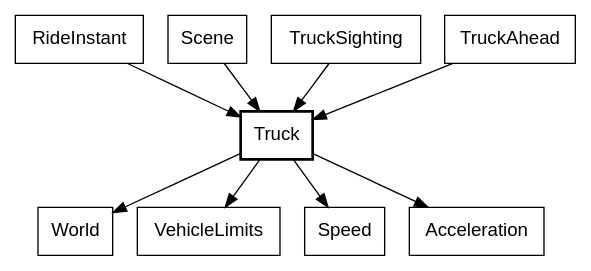
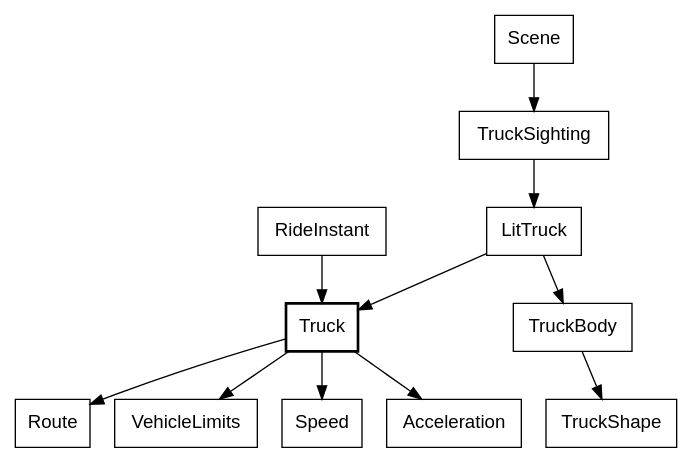
One commit to showell/roc-apps changed diagram 20 of 34 in canvas_apps/safari/tutorial/tutorial.md. Above: the diagram before and after it, drawn with Graphviz. The commit also changed other lines of this file, not shown here.

First line of the commit message:
Safari book: The truck, rewritten, and The truck's lights after it

````diff
--- a/canvas_apps/safari/tutorial/tutorial.md
+++ b/canvas_apps/safari/tutorial/tutorial.md
@@ -1839,14 +1862,16 @@
 ```dot
 digraph truck {
   node [shape=box, fontname="Helvetica"];
   Truck [style=bold];
   RideInstant -> Truck;
-  Scene -> Truck;
-  TruckSighting -> Truck;
-  TruckAhead -> Truck;
-  Truck -> World;
+  Truck -> Route;
   Truck -> VehicleLimits;
   Truck -> Speed;
   Truck -> Acceleration;
+  Scene -> TruckSighting;
+  TruckSighting -> LitTruck;
+  LitTruck -> Truck;
+  LitTruck -> TruckBody;
+  TruckBody -> TruckShape;
 }
 ```
````
